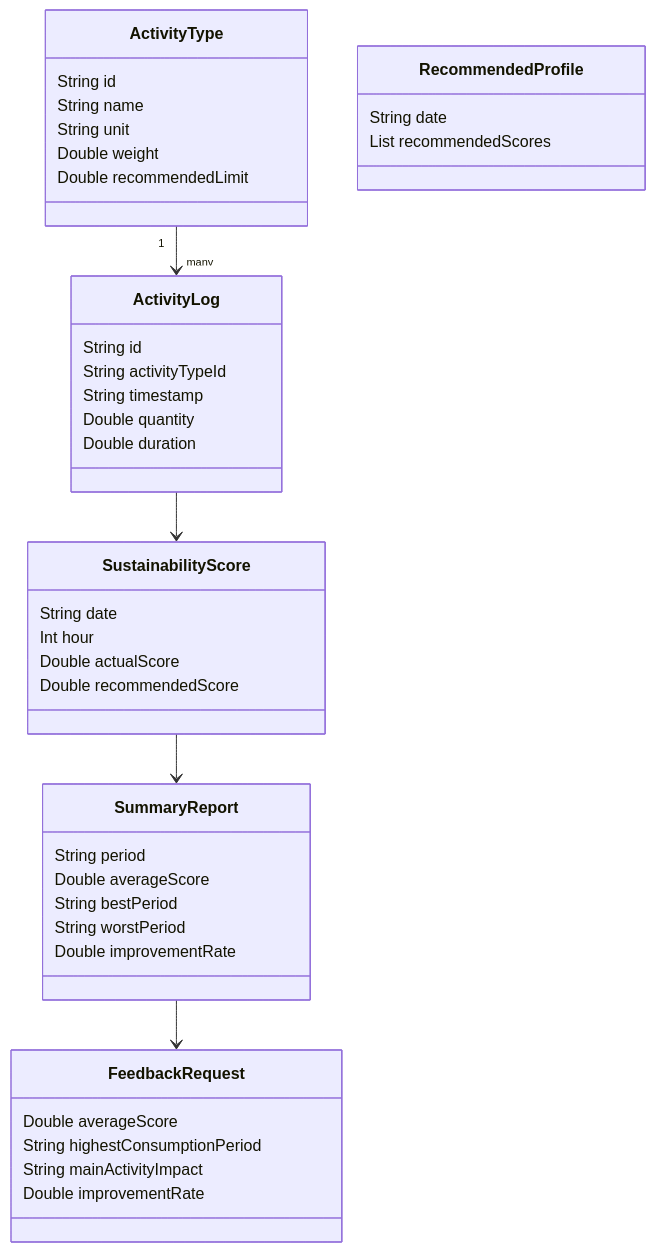
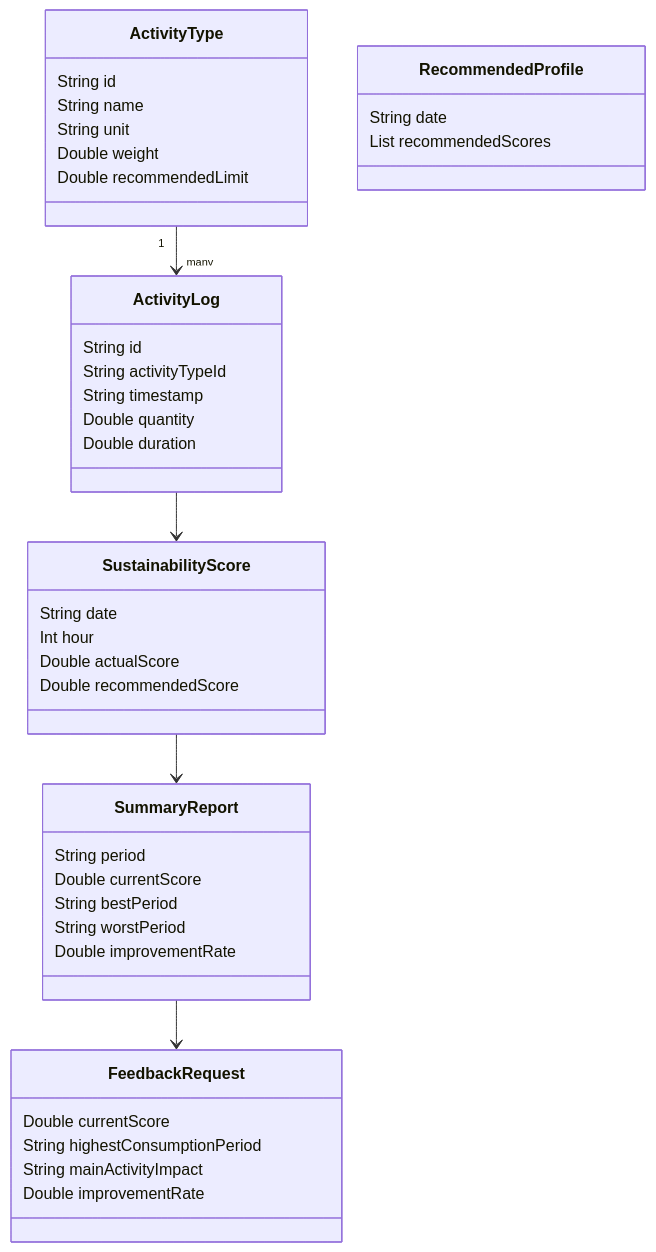
The second of 2 diagrams in docs/phase-4-design.md (SiulhinVlad/SustainScore), drawn with Mermaid before and after one commit. The commit also changed other lines of this file and 11 other files, not shown here.

````diff
--- a/docs/phase-4-design.md
+++ b/docs/phase-4-design.md
@@ -279,50 +278,50 @@
 ```mermaid
 classDiagram
     class ActivityType {
         String id
         String name
         String unit
         Double weight
         Double recommendedLimit
     }
 
     class ActivityLog {
         String id
         String activityTypeId
         String timestamp
         Double quantity
         Double duration
     }
 
     class SustainabilityScore {
         String date
         Int hour
         Double actualScore
         Double recommendedScore
     }
 
     class RecommendedProfile {
         String date
         List recommendedScores
     }
 
     class SummaryReport {
         String period
-        Double averageScore
+        Double currentScore
         String bestPeriod
         String worstPeriod
         Double improvementRate
     }
 
     class FeedbackRequest {
-        Double averageScore
+        Double currentScore
         String highestConsumptionPeriod
         String mainActivityImpact
         Double improvementRate
     }
 
     ActivityType "1" --> "many" ActivityLog
     ActivityLog --> SustainabilityScore
     SustainabilityScore --> SummaryReport
     SummaryReport --> FeedbackRequest
 ```
````
